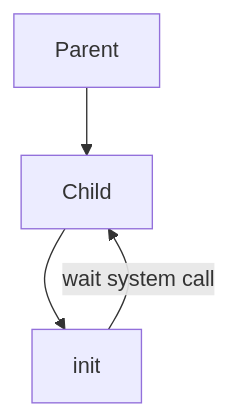
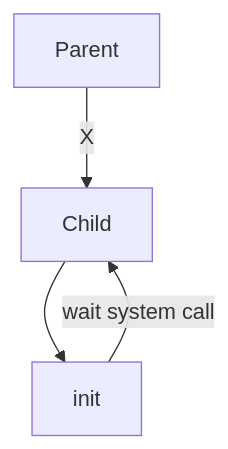
The third of 4 diagrams in linux-masterclass/05-processes/README.md (virtual-tech-school/virtual-tech-notes), drawn with Mermaid before and after one commit. The commit also changed other lines of this file, not shown here.

````diff
--- a/linux-masterclass/05-processes/README.md
+++ b/linux-masterclass/05-processes/README.md
@@ -49,6 +49,6 @@
 ```mermaid
 graph TD;
-    Parent-->Child;
+    Parent-->|X|Child;
     Child-->init;
     init-->|wait system call|Child;
 ```
````
